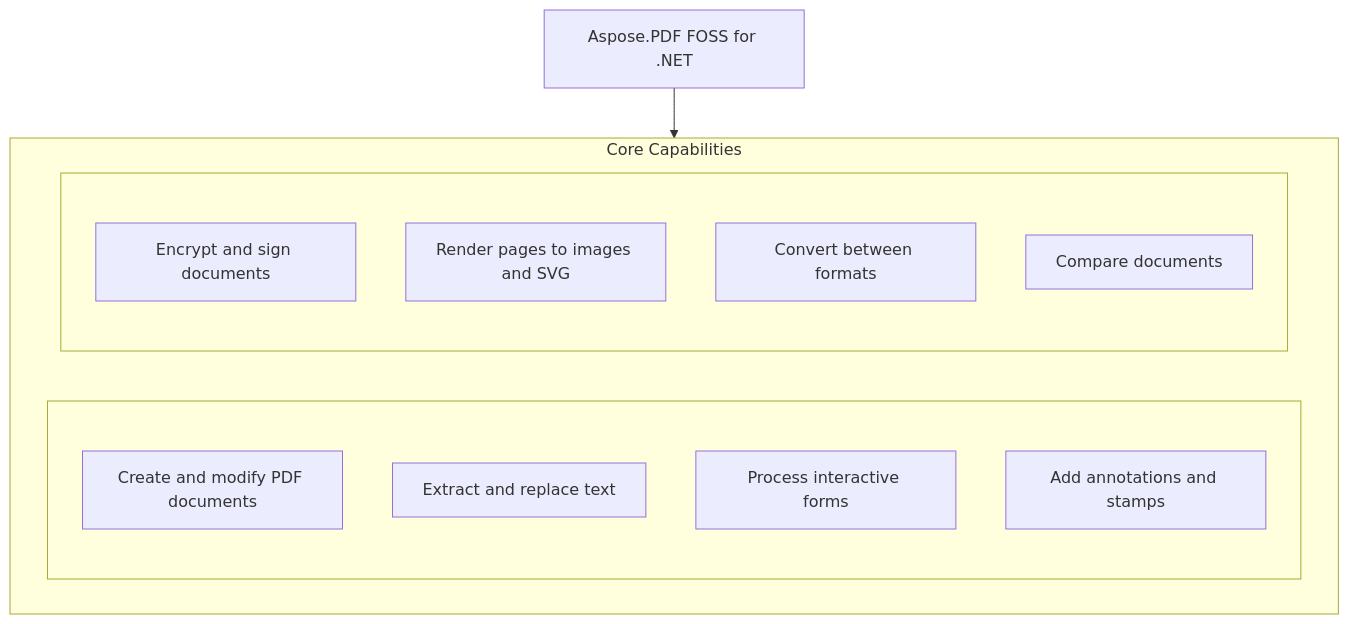
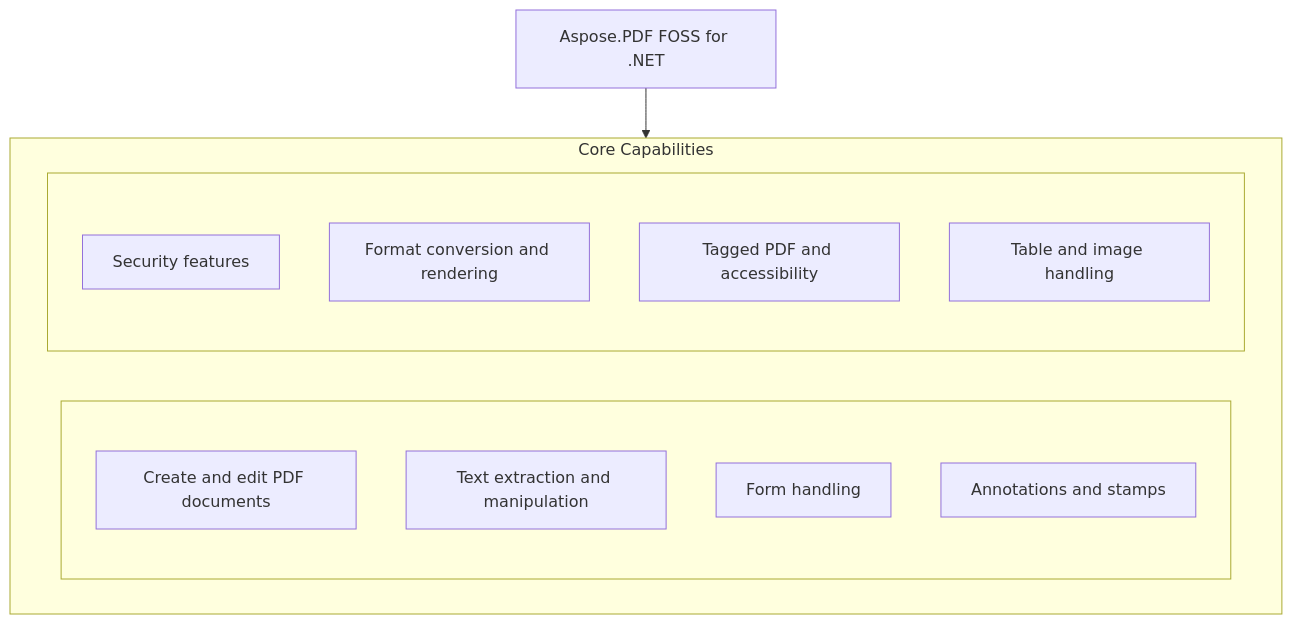
One commit to babar-raza/repository-presenter changed the diagram in candidates/aspose-pdf-foss__Aspose.PDF-FOSS-for-.NET/d10e2c829e1e41d3a9529057ad2ea7c7f53b1095/README.md. Above: the diagram before and after it, drawn with Mermaid. The commit also changed other lines of this file and 15 other files, not shown here.

````diff
--- a/candidates/aspose-pdf-foss__Aspose.PDF-FOSS-for-.NET/d10e2c829e1e41d3a9529057ad2ea7c7f53b1095/README.md
+++ b/candidates/aspose-pdf-foss__Aspose.PDF-FOSS-for-.NET/d10e2c829e1e41d3a9529057ad2ea7c7f53b1095/README.md
@@ -25,22 +25,22 @@
 ```mermaid
 flowchart TD
   PRODUCT["Aspose.PDF FOSS for .NET"]
   subgraph Capabilities["Core Capabilities"]
     direction LR
     subgraph capl[" "]
       direction TB
-      c1["Create and modify PDF documents"]
-      c2["Extract and replace text"]
-      c3["Process interactive forms"]
-      c4["Add annotations and stamps"]
+      c1["Create and edit PDF documents"]
+      c2["Text extraction and manipulation"]
+      c3["Form handling"]
+      c4["Annotations and stamps"]
     end
     subgraph capr[" "]
       direction TB
-      c5["Encrypt and sign documents"]
-      c6["Render pages to images and SVG"]
-      c7["Convert between formats"]
-      c8["Compare documents"]
+      c5["Security features"]
+      c6["Format conversion and rendering"]
+      c7["Tagged PDF and accessibility"]
+      c8["Table and image handling"]
     end
   end
   PRODUCT --> Capabilities
 ```
````
